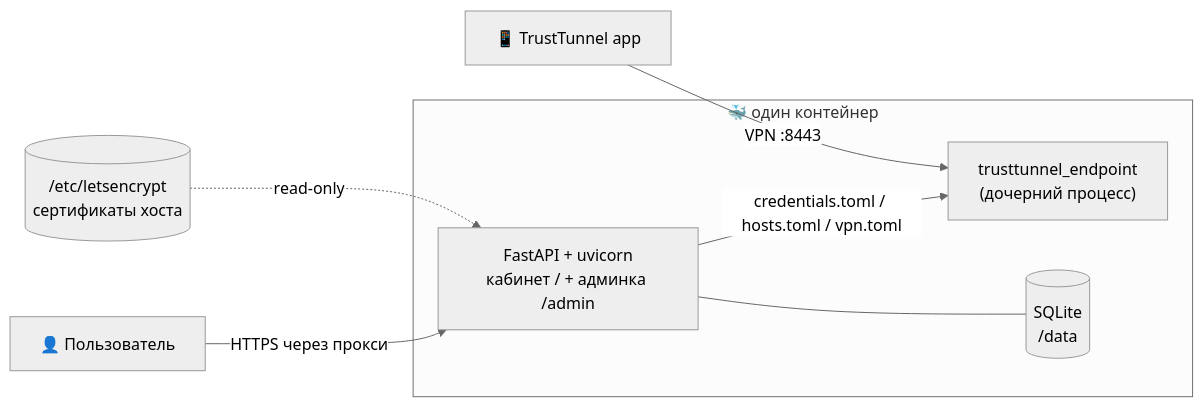
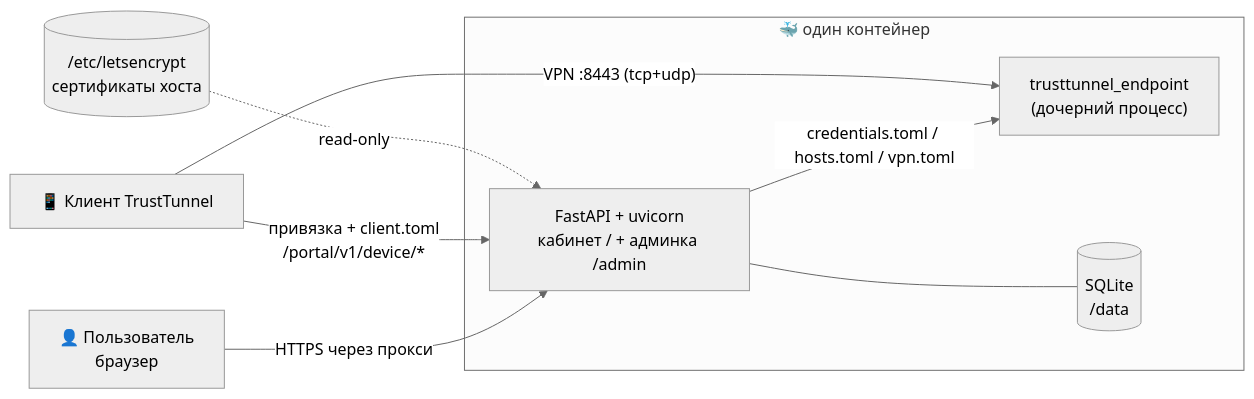
One commit to Ttolyanich/trusttunnel-web changed the diagram in README.md. Above: the diagram before and after it, drawn with Mermaid (neutral theme). The commit also changed other lines of this file, not shown here.

````diff
--- a/README.md
+++ b/README.md
@@ -37,13 +47,14 @@
 ```mermaid
 flowchart LR
     subgraph C["🐳 один контейнер"]
         W["FastAPI + uvicorn<br/>кабинет / + админка /admin"]
         E["trusttunnel_endpoint<br/>(дочерний процесс)"]
         DB[("SQLite<br/>/data")]
         W -- "credentials.toml / hosts.toml / vpn.toml" --> E
         W --- DB
     end
-    U["👤 Пользователь"] -->|HTTPS через прокси| W
-    Cl["📱 TrustTunnel app"] -->|VPN :8443| E
+    U["👤 Пользователь<br/>браузер"] -->|HTTPS через прокси| W
+    Cl["📱 Клиент TrustTunnel"] -->|"привязка + client.toml<br/>/portal/v1/device/*"| W
+    Cl -->|"VPN :8443 (tcp+udp)"| E
     Certs[("/etc/letsencrypt<br/>сертификаты хоста")] -. read-only .-> W
 ```
````
